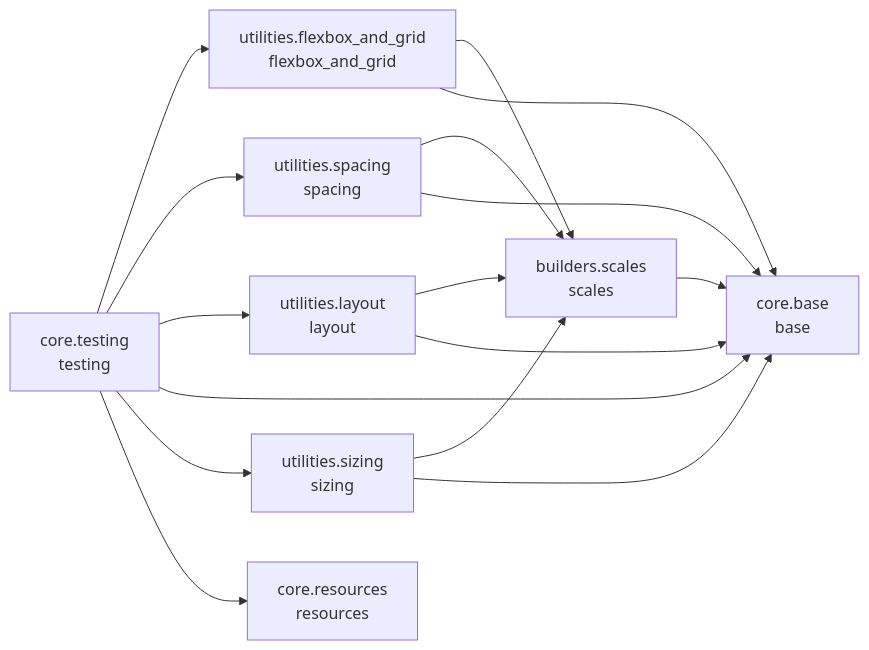
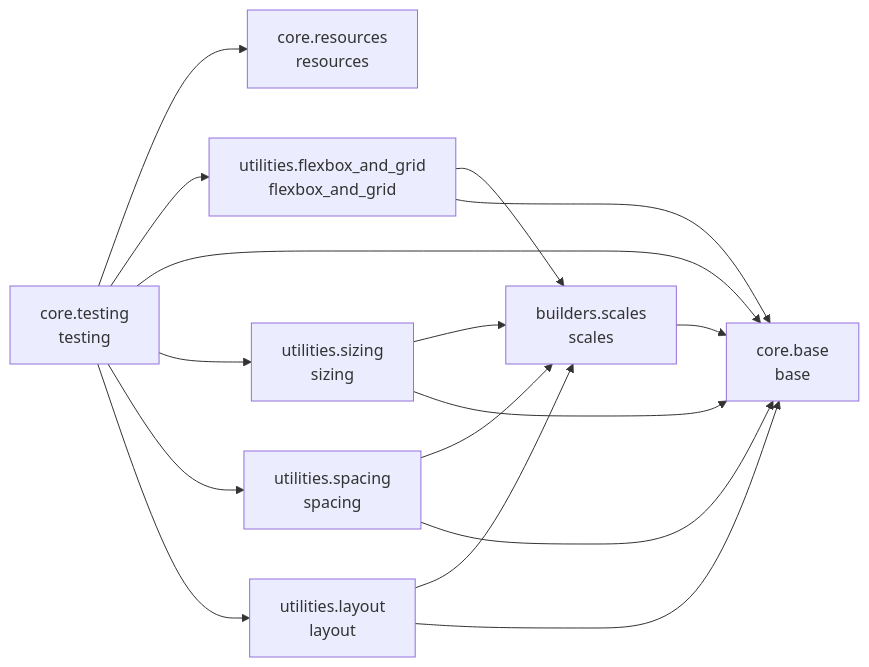
Before and after one commit to cj-mills/cjm-fasthtml-tailwind: the diagram in README.md, drawn with Mermaid. The commit also changed other lines of this file and 10 other files, not shown here.

````diff
--- a/README.md
+++ b/README.md
@@ -31,27 +31,27 @@
 ``` mermaid
 graph LR
     builders_scales[builders.scales<br/>scales]
     core_base[core.base<br/>base]
     core_resources[core.resources<br/>resources]
     core_testing[core.testing<br/>testing]
     utilities_flexbox_and_grid[utilities.flexbox_and_grid<br/>flexbox_and_grid]
     utilities_layout[utilities.layout<br/>layout]
     utilities_sizing[utilities.sizing<br/>sizing]
     utilities_spacing[utilities.spacing<br/>spacing]
 
     builders_scales --> core_base
+    core_testing --> core_resources
     core_testing --> utilities_flexbox_and_grid
+    core_testing --> core_base
+    core_testing --> utilities_sizing
     core_testing --> utilities_spacing
     core_testing --> utilities_layout
-    core_testing --> core_base
-    core_testing --> utilities_sizing
-    core_testing --> core_resources
     utilities_flexbox_and_grid --> builders_scales
     utilities_flexbox_and_grid --> core_base
     utilities_layout --> builders_scales
     utilities_layout --> core_base
     utilities_sizing --> builders_scales
     utilities_sizing --> core_base
     utilities_spacing --> builders_scales
     utilities_spacing --> core_base
 ```
````
